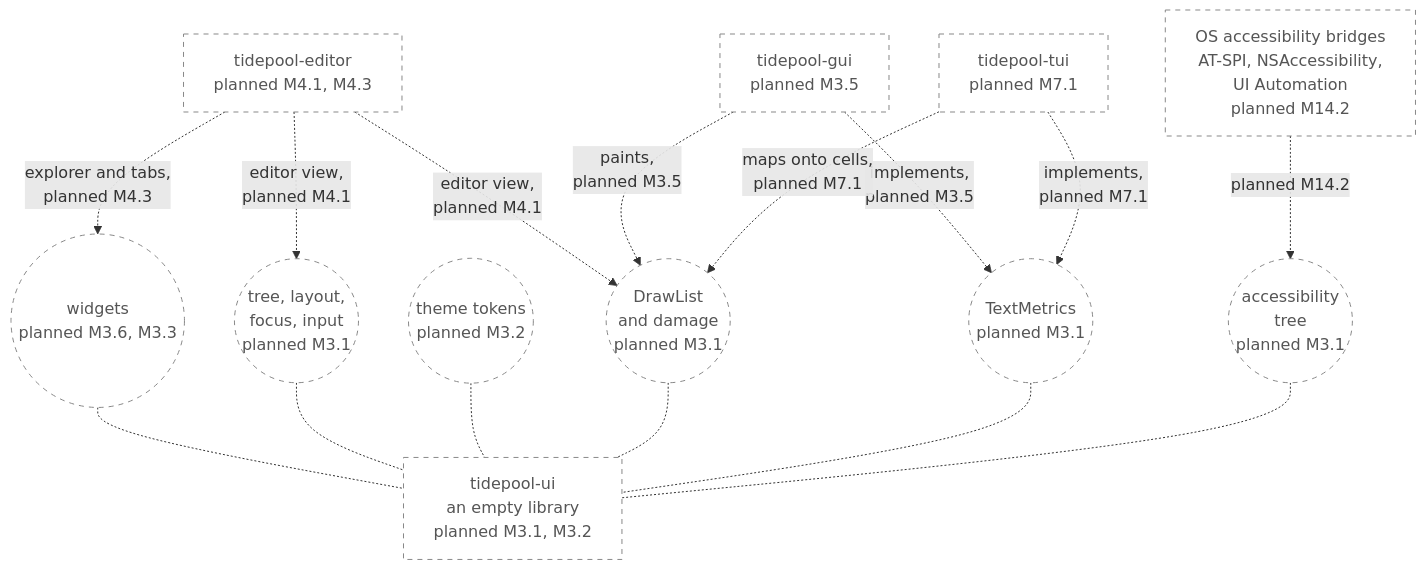
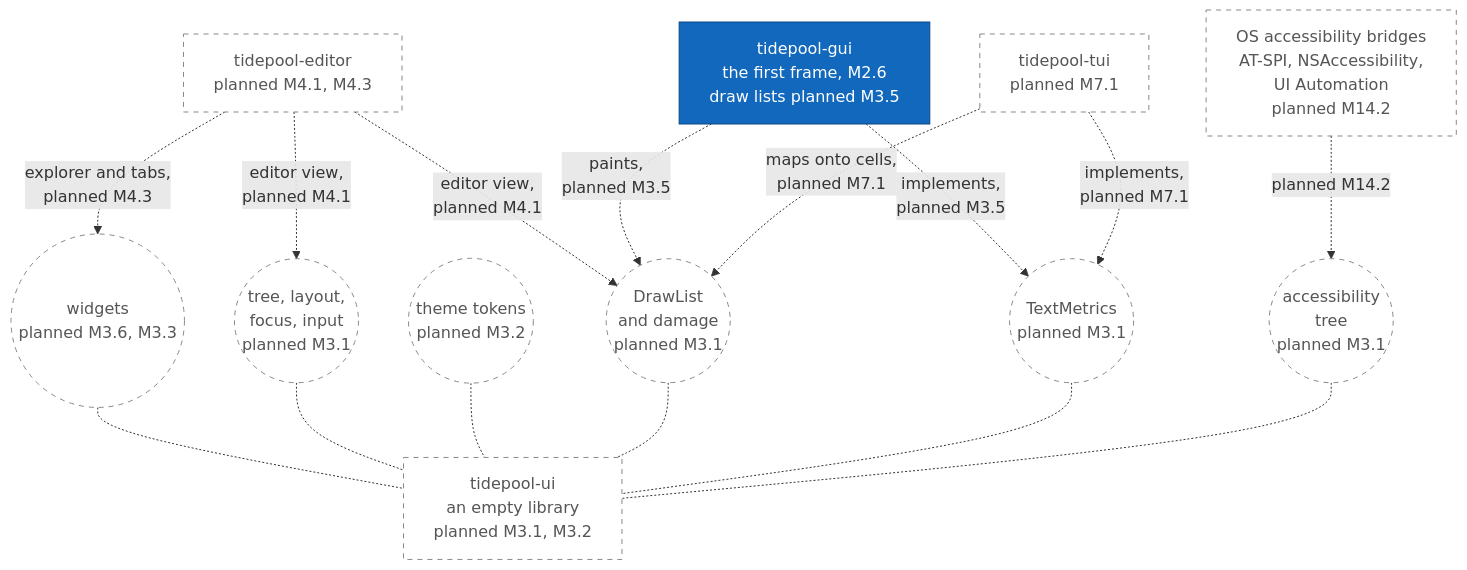
The ninth of 21 diagrams in diagrams/component-diagrams.md (jabbott-iii/Tidepool), drawn with Mermaid before and after one commit. The commit also changed other lines of this file and 35 other files, not shown here.

First line of the commit message:
gui, app: the first frame (M2.6)

````diff
--- a/diagrams/component-diagrams.md
+++ b/diagrams/component-diagrams.md
@@ -499,35 +506,37 @@
 ```mermaid
 flowchart TB
     c_editor["tidepool-editor<br/>planned M4.1, M4.3"]
-    c_gui["tidepool-gui<br/>planned M3.5"]
+    c_gui["tidepool-gui<br/>the first frame, M2.6<br/>draw lists planned M3.5"]
     c_tui["tidepool-tui<br/>planned M7.1"]
     c_bridge["OS accessibility bridges<br/>AT-SPI, NSAccessibility,<br/>UI Automation<br/>planned M14.2"]
 
     i_widgets(("widgets<br/>planned M3.6, M3.3"))
     i_tree(("tree, layout,<br/>focus, input<br/>planned M3.1"))
     i_theme(("theme tokens<br/>planned M3.2"))
     i_drawlist(("DrawList<br/>and damage<br/>planned M3.1"))
     i_metrics(("TextMetrics<br/>planned M3.1"))
     i_a11y(("accessibility<br/>tree<br/>planned M3.1"))
     c_ui["tidepool-ui<br/>an empty library<br/>planned M3.1, M3.2"]
 
     c_editor -.->|"editor view,<br/>planned M4.1"| i_tree
     c_editor -.->|"editor view,<br/>planned M4.1"| i_drawlist
     c_editor -.->|"explorer and tabs,<br/>planned M4.3"| i_widgets
     c_gui -.->|"paints,<br/>planned M3.5"| i_drawlist
     c_gui -.->|"implements,<br/>planned M3.5"| i_metrics
     c_tui -.->|"maps onto cells,<br/>planned M7.1"| i_drawlist
     c_tui -.->|"implements,<br/>planned M7.1"| i_metrics
     c_bridge -.->|"planned M14.2"| i_a11y
 
     i_widgets -.- c_ui
     i_tree -.- c_ui
     i_theme -.- c_ui
     i_drawlist -.- c_ui
     i_metrics -.- c_ui
     i_a11y -.- c_ui
 
+    classDef built fill:#1168bd,stroke:#0b4884,color:#ffffff
     classDef planned fill:#ffffff,stroke:#888888,stroke-dasharray: 5 5,color:#555555
-    class c_editor,c_gui,c_tui,c_bridge,c_ui planned
+    class c_gui built
+    class c_editor,c_tui,c_bridge,c_ui planned
     class i_widgets,i_tree,i_theme,i_drawlist,i_metrics,i_a11y planned
 ```
````
